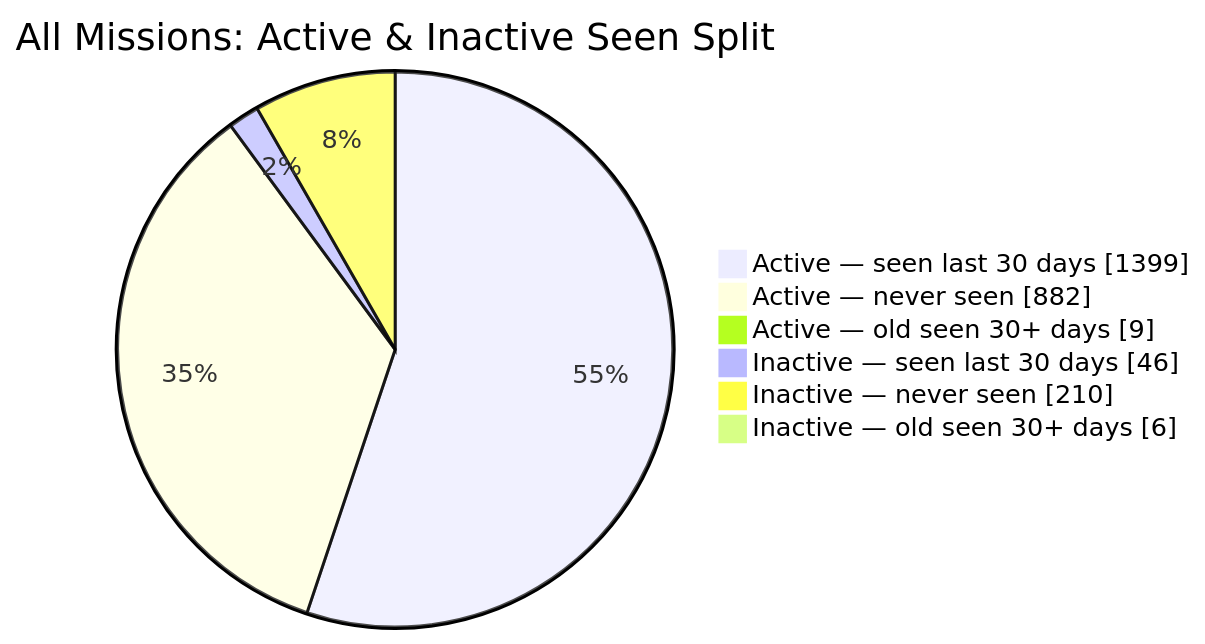
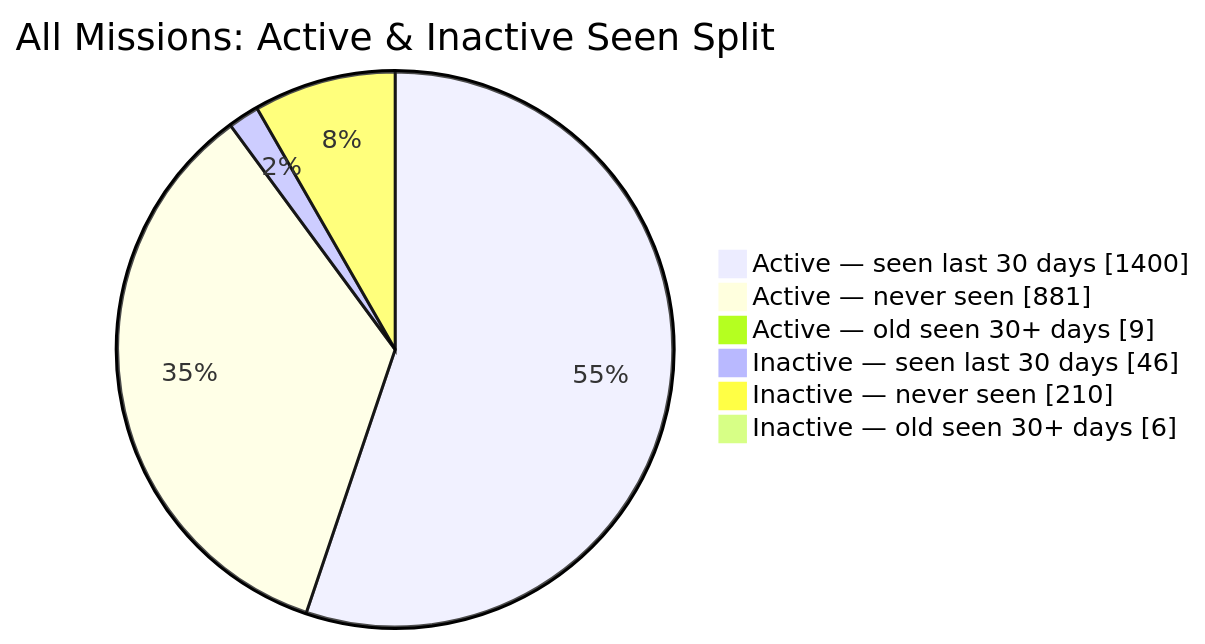
Before and after one commit to MeldkamerspelGameTeam/active-missions: the second of 2 diagrams in README.md, drawn with Mermaid. The commit also changed other lines of this file and 2 other files, not shown here.

````diff
--- a/README.md
+++ b/README.md
@@ -44,10 +44,10 @@
 ```mermaid
 pie showData
     title All Missions: Active & Inactive Seen Split
-    "Active — seen last 30 days" : 1399
-    "Active — never seen" : 882
+    "Active — seen last 30 days" : 1400
+    "Active — never seen" : 881
     "Active — old seen 30+ days" : 9
     "Inactive — seen last 30 days" : 46
     "Inactive — never seen" : 210
     "Inactive — old seen 30+ days" : 6
 ```
````
